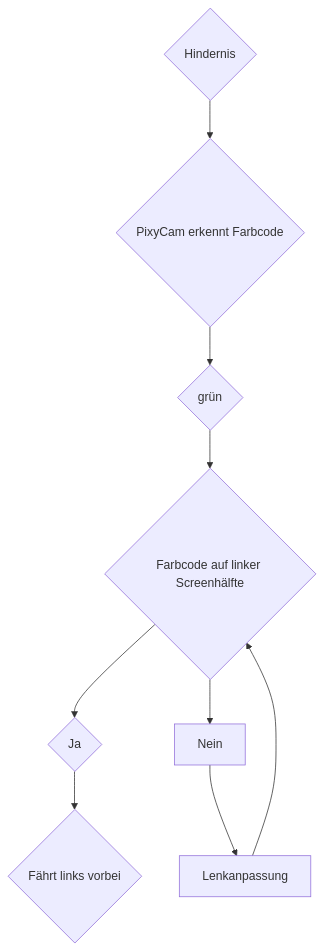
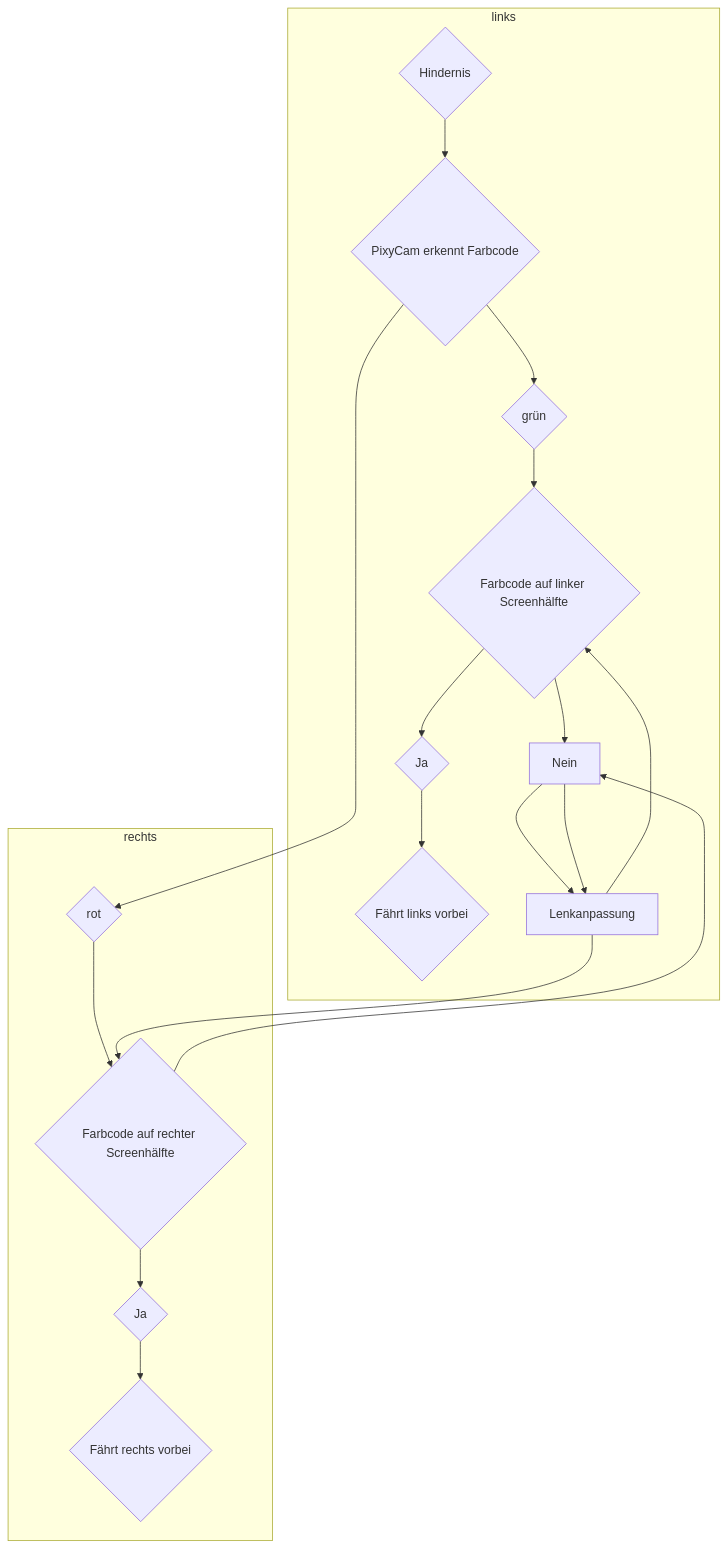
The diagram in Programme/Hindernisrennen/README.md (SchroedingersBit/PfortGTPanama), drawn with Mermaid before and after one commit.

````diff
--- a/Programme/Hindernisrennen/README.md
+++ b/Programme/Hindernisrennen/README.md
@@ -4,12 +4,21 @@
 ```mermaid
 graph TB;
+subgraph links
 A{Hindernis} -->B{PixyCam erkennt Farbcode};
 B-->E{grün}-->C1{Farbcode auf linker Screenhälfte};
 C1-->J1{Ja};
 C1 --> Nein;
 J1-->R{Fährt links vorbei};
 Nein --> Lenkanpassung;
 Lenkanpassung-->C1;
+end
 
-
+subgraph rechts
+B-->C{rot}-->C2{Farbcode auf rechter Screenhälfte};
+C2 --> Nein; 
+C2-->J2{Ja};
+Nein --> Lenkanpassung;
+Lenkanpassung -->C2;
+J2-->L{Fährt rechts vorbei};
+end
 ```
````
